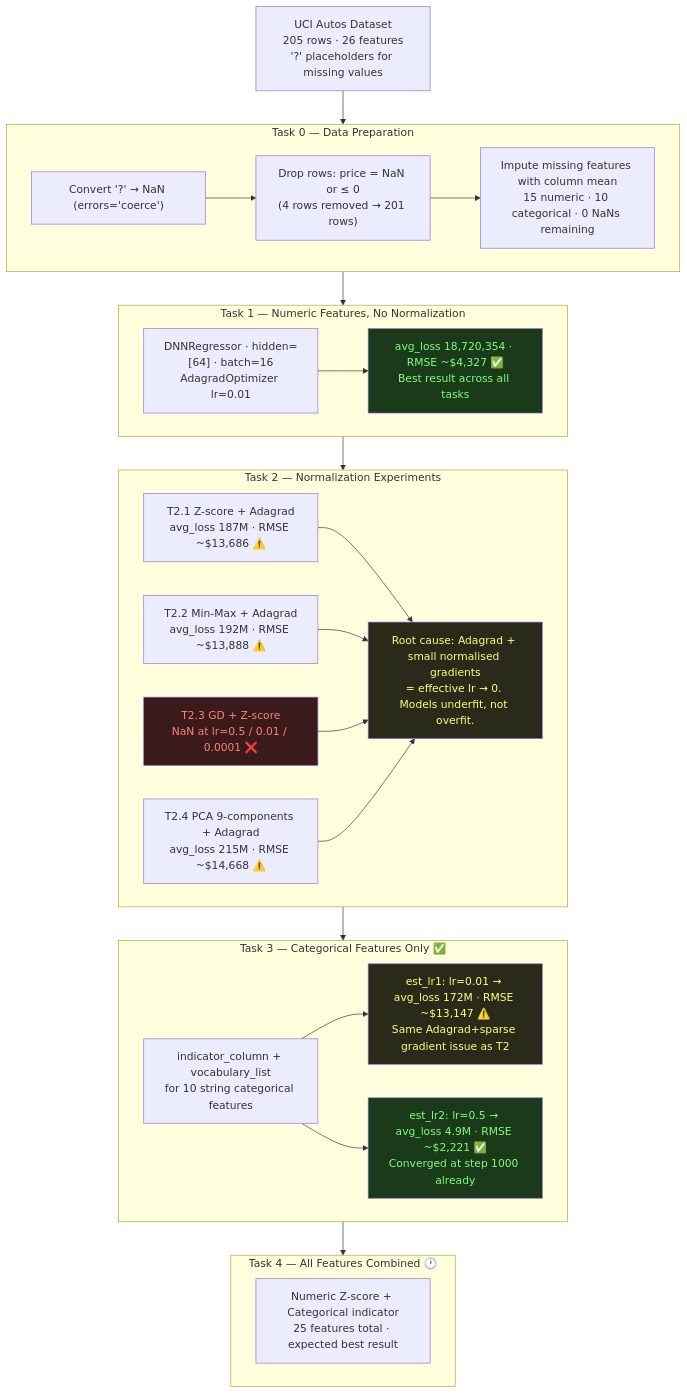
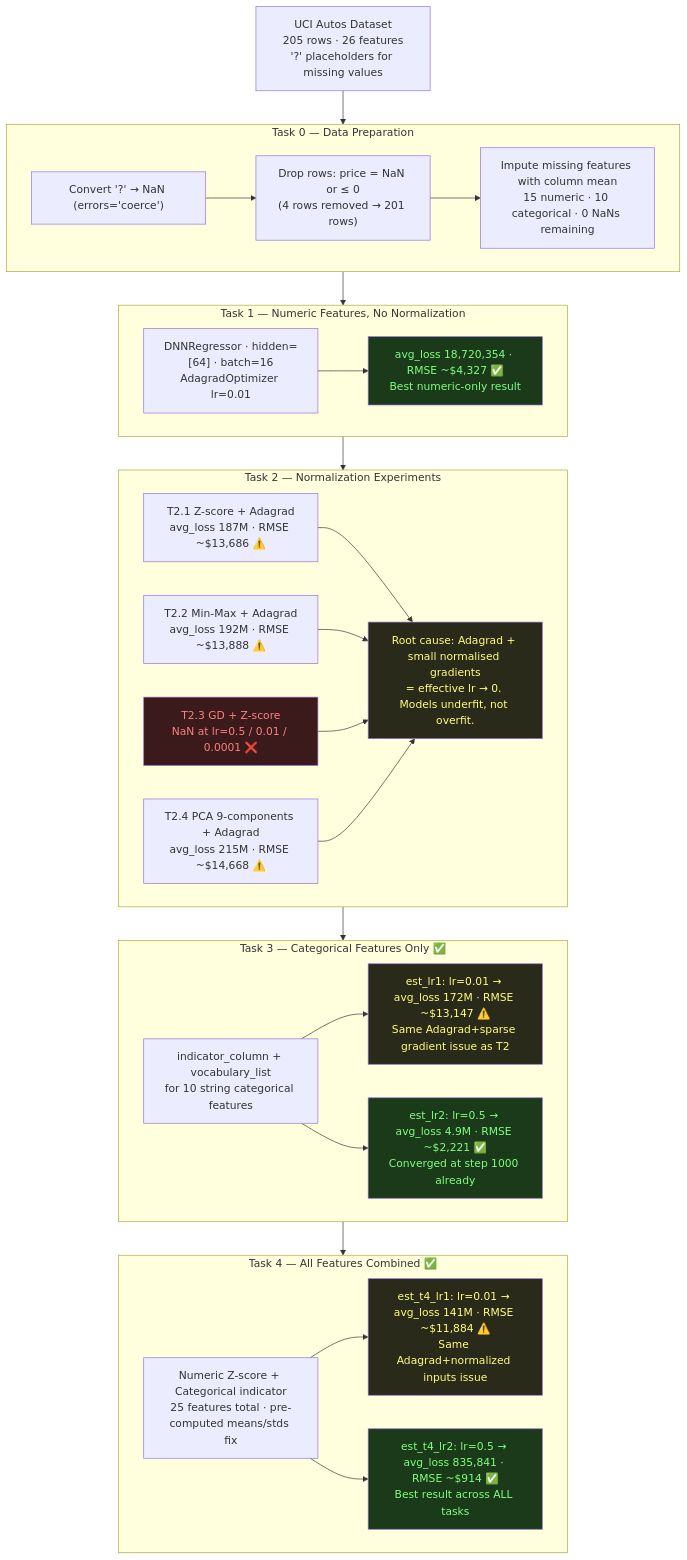
One commit to lfariabr/masters-swe-ai changed the diagram in 2026-T1/ISY/assignments/Assessment2/notes.md. Above: the diagram before and after it, drawn with Mermaid. The commit also changed other lines of this file and 4 other files, not shown here.

Commit message:
feat(study-isy503): Assessment 2, task 4 all features combined + written report v2 (Relates #133)

````diff
--- a/2026-T1/ISY/assignments/Assessment2/notes.md
+++ b/2026-T1/ISY/assignments/Assessment2/notes.md
@@ -10,53 +10,58 @@
 ```mermaid
 flowchart TD
     RAW["UCI Autos Dataset<br>205 rows · 26 features<br>'?' placeholders for missing values"]
 
     RAW --> T0
 
     subgraph T0["Task 0 — Data Preparation"]
         T0A["Convert '?' → NaN (errors='coerce')"]
         T0B["Drop rows: price = NaN or ≤ 0<br>(4 rows removed → 201 rows)"]
         T0C["Impute missing features with column mean<br>15 numeric · 10 categorical · 0 NaNs remaining"]
         T0A --> T0B --> T0C
     end
 
     T0 --> T1
 
     subgraph T1["Task 1 — Numeric Features, No Normalization"]
         T1A["DNNRegressor · hidden=[64] · batch=16<br>AdagradOptimizer lr=0.01"]
-        T1B["avg_loss 18,720,354 · RMSE ~$4,327 ✅<br>Best result across all tasks"]
+        T1B["avg_loss 18,720,354 · RMSE ~$4,327 ✅<br>Best numeric-only result"]
         T1A --> T1B
     end
 
     T1 --> T2
 
     subgraph T2["Task 2 — Normalization Experiments"]
         T2A["T2.1 Z-score + Adagrad<br>avg_loss 187M · RMSE ~$13,686 ⚠️"]
         T2B["T2.2 Min-Max + Adagrad<br>avg_loss 192M · RMSE ~$13,888 ⚠️"]
         T2C["T2.3 GD + Z-score<br>NaN at lr=0.5 / 0.01 / 0.0001 ❌"]
         T2D["T2.4 PCA 9-components + Adagrad<br>avg_loss 215M · RMSE ~$14,668 ⚠️"]
         T2E["Root cause: Adagrad + small normalised gradients<br>= effective lr → 0. Models underfit, not overfit."]
         T2A & T2B & T2C & T2D --> T2E
     end
 
     T2 --> T3
 
     subgraph T3["Task 3 — Categorical Features Only ✅"]
         T3A["indicator_column + vocabulary_list<br>for 10 string categorical features"]
         T3B["est_lr1: lr=0.01 → avg_loss 172M · RMSE ~$13,147 ⚠️<br>Same Adagrad+sparse gradient issue as T2"]
         T3C["est_lr2: lr=0.5 → avg_loss 4.9M · RMSE ~$2,221 ✅<br>Converged at step 1000 already"]
         T3A --> T3B & T3C
     end
 
     T3 --> T4
 
-    subgraph T4["Task 4 — All Features Combined 🕐"]
-        T4A["Numeric Z-score + Categorical indicator<br>25 features total · expected best result"]
+    subgraph T4["Task 4 — All Features Combined ✅"]
+        T4A["Numeric Z-score + Categorical indicator<br>25 features total · pre-computed means/stds fix"]
+        T4B["est_t4_lr1: lr=0.01 → avg_loss 141M · RMSE ~$11,884 ⚠️<br>Same Adagrad+normalized inputs issue"]
+        T4C["est_t4_lr2: lr=0.5 → avg_loss 835,841 · RMSE ~$914 ✅<br>Best result across ALL tasks"]
+        T4A --> T4B & T4C
     end
 
     style T1B fill:#1a3a1a,color:#7fff7f
     style T2C fill:#3a1a1a,color:#ff7f7f
     style T2E fill:#2a2a1a,color:#ffff7f
     style T3B fill:#2a2a1a,color:#ffff7f
     style T3C fill:#1a3a1a,color:#7fff7f
+    style T4B fill:#2a2a1a,color:#ffff7f
+    style T4C fill:#1a3a1a,color:#7fff7f
 ```
````
